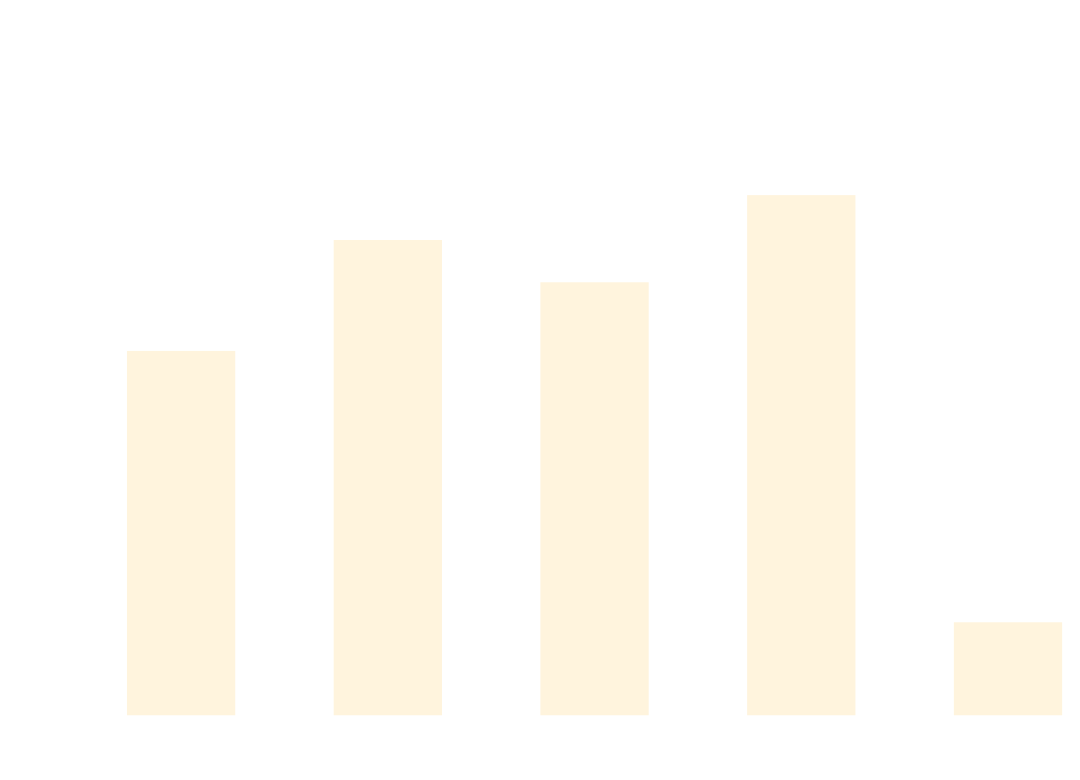
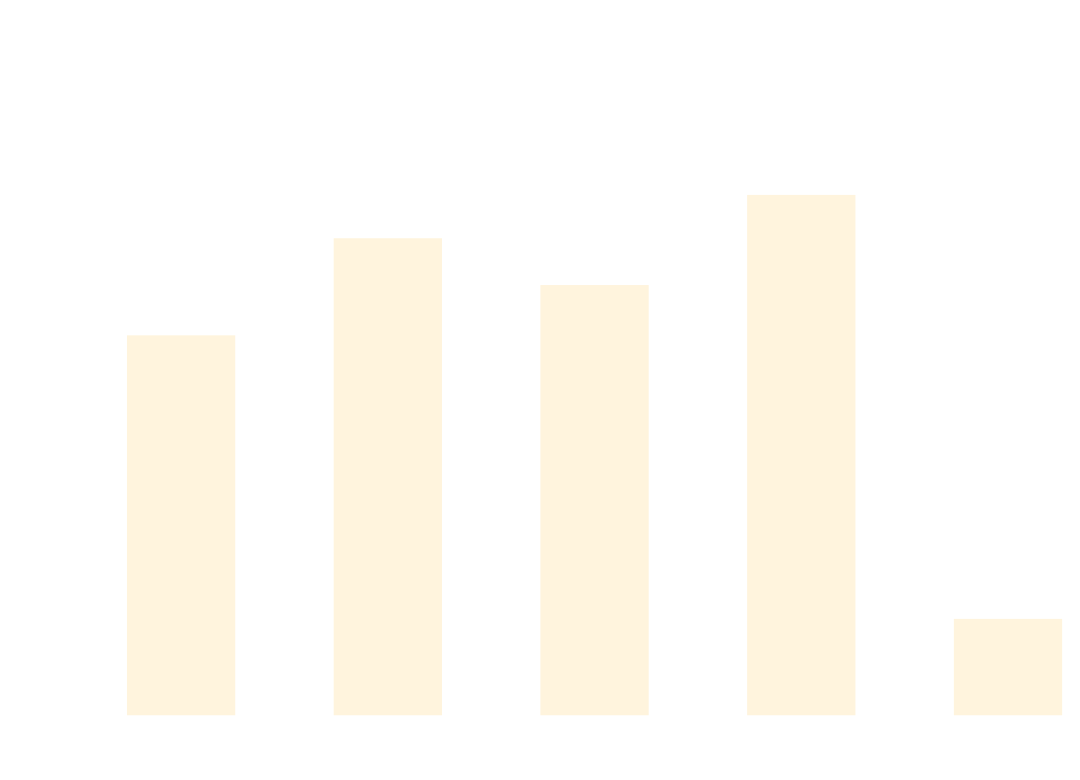
Before and after one commit to thomhurst/TUnit: the diagram in docs/docs/benchmarks/AsyncTests.md, drawn with Mermaid. The commit also changed other lines of this file and 17 other files, not shown here.

````diff
--- a/docs/docs/benchmarks/AsyncTests.md
+++ b/docs/docs/benchmarks/AsyncTests.md
@@ -27,37 +27,37 @@
 ```mermaid
 %%{init: {
   'theme':'base',
   'themeVariables': {
     'primaryColor': '#2563eb',
     'primaryTextColor': '#ffffff',
     'primaryBorderColor': '#1e40af',
     'lineColor': '#6b7280',
     'secondaryColor': '#7c3aed',
     'tertiaryColor': '#dc2626',
     'background': '#ffffff',
     'mainBkg': '#2563eb',
     'secondBkg': '#7c3aed',
     'tertiaryBkg': '#dc2626',
     'clusterBkg': '#f3f4f6',
     'edgeLabelBackground': '#ffffff',
     'tertiaryTextColor': '#1f2937',
     'pie1': '#2563eb',
     'pie2': '#7c3aed',
     'pie3': '#dc2626',
     'pie4': '#f59e0b',
     'pie5': '#10b981',
     'pie6': '#06b6d4',
     'pie7': '#ec4899',
     'pie8': '#6366f1',
     'pie9': '#84cc16',
     'pie10': '#f97316',
     'pie11': '#14b8a6',
     'pie12': '#a855f7'
   }
 }}%%
 xychart-beta
   title "AsyncTests Performance Comparison"
   x-axis ["TUnit", "NUnit", "MSTest", "xUnit3", "TUnit_AOT"]
-  y-axis "Time (ms)" 0 --> 929
-  bar [536.5, 705.3, 641, 773.6, 123.6]
+  y-axis "Time (ms)" 0 --> 886
+  bar [534.3, 675.2, 607.3, 738.1, 122.8]
 ```
````
